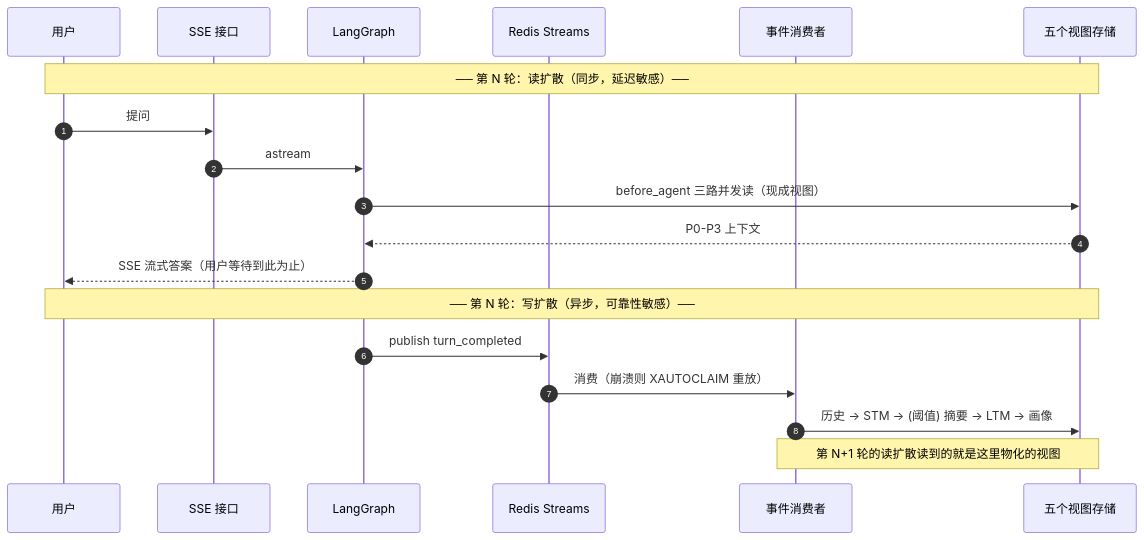
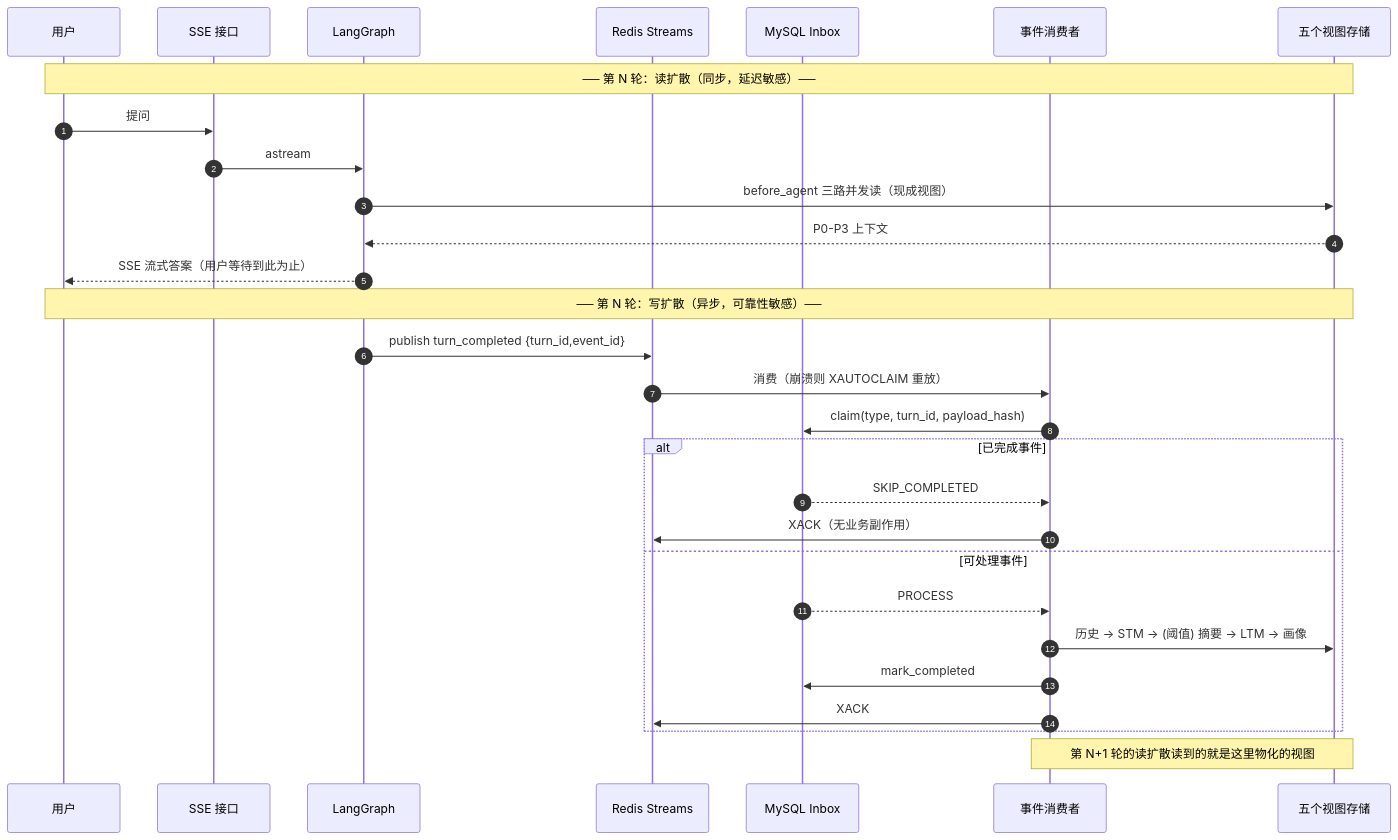
The fifth of 6 diagrams in docs/modules/04-记忆系统.md (bitladykiller/-), drawn with Mermaid before and after one commit. The commit also changed other lines of this file and 19 other files, not shown here.

````diff
--- a/docs/modules/04-记忆系统.md
+++ b/docs/modules/04-记忆系统.md
@@ -275,23 +283,33 @@
 ```mermaid
 sequenceDiagram
     autonumber
     participant U as 用户
     participant API as SSE 接口
     participant G as LangGraph
     participant EV as Redis Streams
+    participant I as MySQL Inbox
     participant C as 事件消费者
     participant S as 五个视图存储
 
     Note over U,S: ── 第 N 轮：读扩散（同步，延迟敏感）──
     U->>API: 提问
     API->>G: astream
     G->>S: before_agent 三路并发读（现成视图）
     S-->>G: P0-P3 上下文
     G-->>U: SSE 流式答案（用户等待到此为止）
 
     Note over U,S: ── 第 N 轮：写扩散（异步，可靠性敏感）──
-    G->>EV: publish turn_completed
+    G->>EV: publish turn_completed {turn_id,event_id}
     EV->>C: 消费（崩溃则 XAUTOCLAIM 重放）
-    C->>S: 历史 → STM → (阈值) 摘要 → LTM → 画像
+    C->>I: claim(type, turn_id, payload_hash)
+    alt 已完成事件
+        I-->>C: SKIP_COMPLETED
+        C->>EV: XACK（无业务副作用）
+    else 可处理事件
+        I-->>C: PROCESS
+        C->>S: 历史 → STM → (阈值) 摘要 → LTM → 画像
+        C->>I: mark_completed
+        C->>EV: XACK
+    end
     Note over C,S: 第 N+1 轮的读扩散读到的就是这里物化的视图
 ```
````
